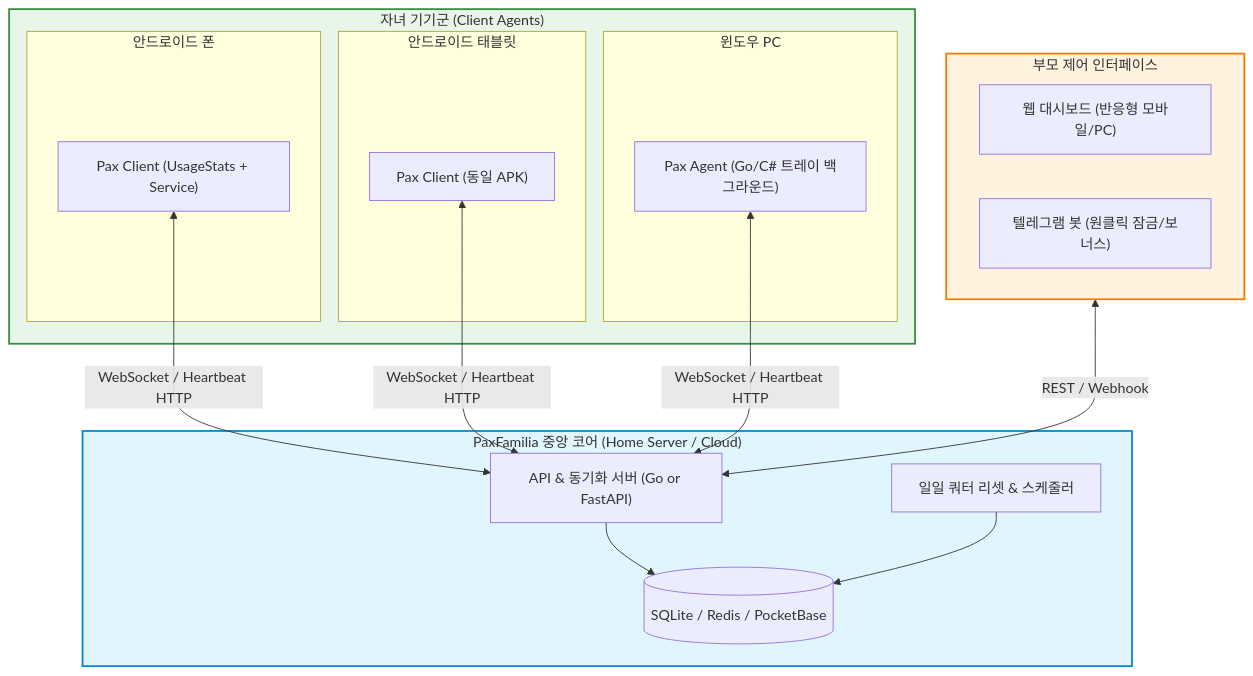
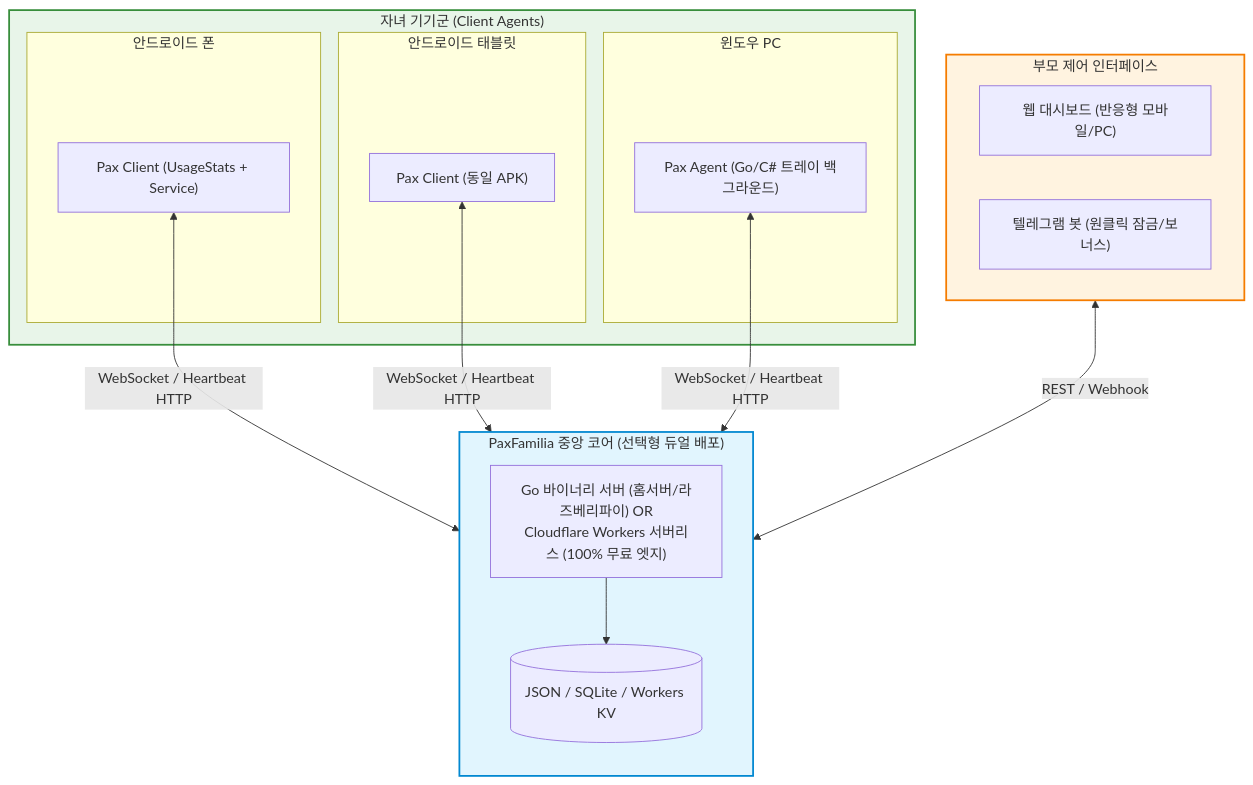
The diagram in docs/ARCHITECTURE.md (dubble95/pax-familia), drawn with Mermaid before and after one commit. The commit also changed 38 other files, not shown here.

First line of the commit message:
feat: deploy PaxFamilia to Fly.io with 1GB persistent volume and adaptive polling

````diff
--- a/docs/ARCHITECTURE.md
+++ b/docs/ARCHITECTURE.md
@@ -9,39 +9,38 @@
 ```mermaid
 flowchart TD
     subgraph Parent_Interfaces["부모 제어 인터페이스"]
         WebDash["웹 대시보드 (반응형 모바일/PC)"]
         TelegramBot["텔레그램 봇 (원클릭 잠금/보너스)"]
     end
 
-    subgraph Central_Core["PaxFamilia 중앙 코어 (Home Server / Cloud)"]
-        Server["API & 동기화 서버 (Go or FastAPI)"]
-        DB[(SQLite / Redis / PocketBase)]
-        Scheduler["일일 쿼터 리셋 & 스케줄러"]
+    subgraph Central_Core["PaxFamilia 중앙 코어 (선택형 듀얼 배포)"]
+        direction TB
+        Server["Go 바이너리 서버 (홈서버/라즈베리파이) OR\nCloudflare Workers 서버리스 (100% 무료 엣지)"]
+        DB[(JSON / SQLite / Workers KV)]
         Server --> DB
-        Scheduler --> DB
     end
 
     subgraph Devices["자녀 기기군 (Client Agents)"]
         subgraph Android_Phone["안드로이드 폰"]
             AppPhone["Pax Client (UsageStats + Service)"]
         end
         subgraph Android_Tablet["안드로이드 태블릿"]
             AppTablet["Pax Client (동일 APK)"]
         end
         subgraph Windows_PC["윈도우 PC"]
             WinAgent["Pax Agent (Go/C# 트레이 백그라운드)"]
         end
     end
 
     Parent_Interfaces <-->|REST / Webhook| Server
     AppPhone <-->|WebSocket / Heartbeat HTTP| Server
     AppTablet <-->|WebSocket / Heartbeat HTTP| Server
     WinAgent <-->|WebSocket / Heartbeat HTTP| Server
 
     classDef core fill:#e1f5fe,stroke:#0288d1,stroke-width:2px;
     classDef client fill:#e8f5e9,stroke:#388e3c,stroke-width:2px;
     classDef parent fill:#fff3e0,stroke:#f57c00,stroke-width:2px;
     class Central_Core core;
     class Devices client;
     class Parent_Interfaces parent;
 ```
````
